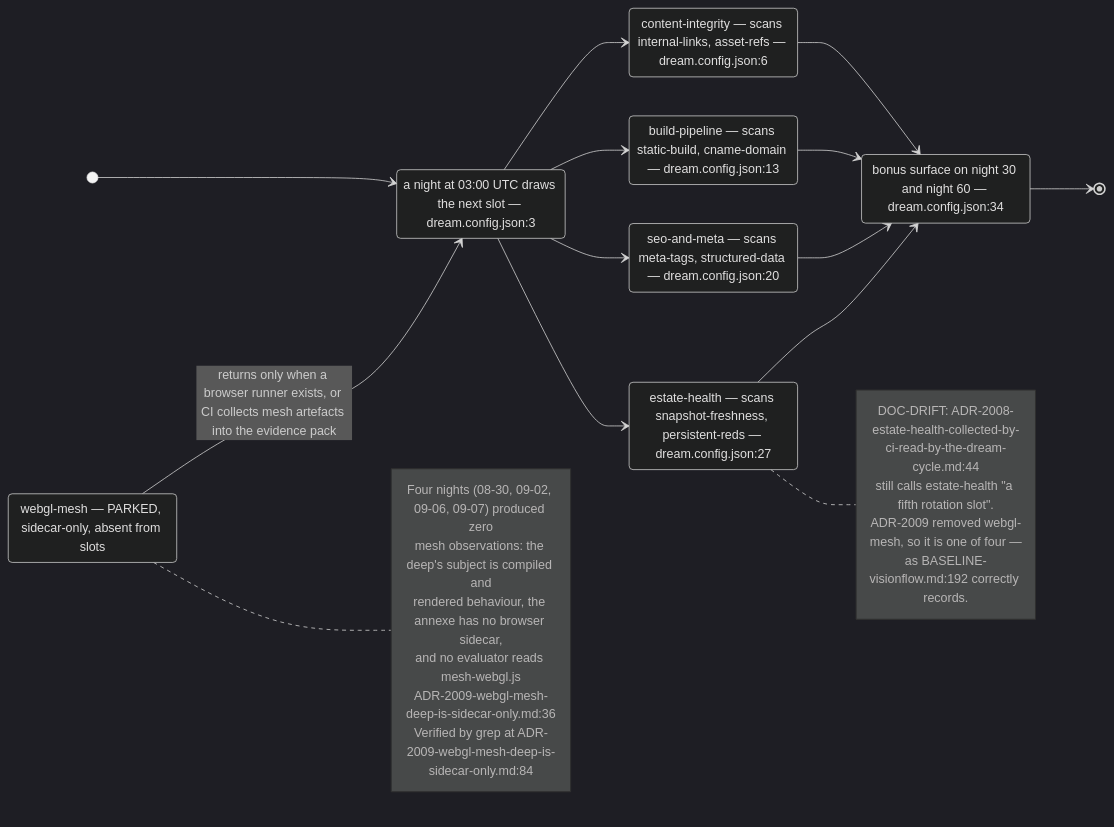
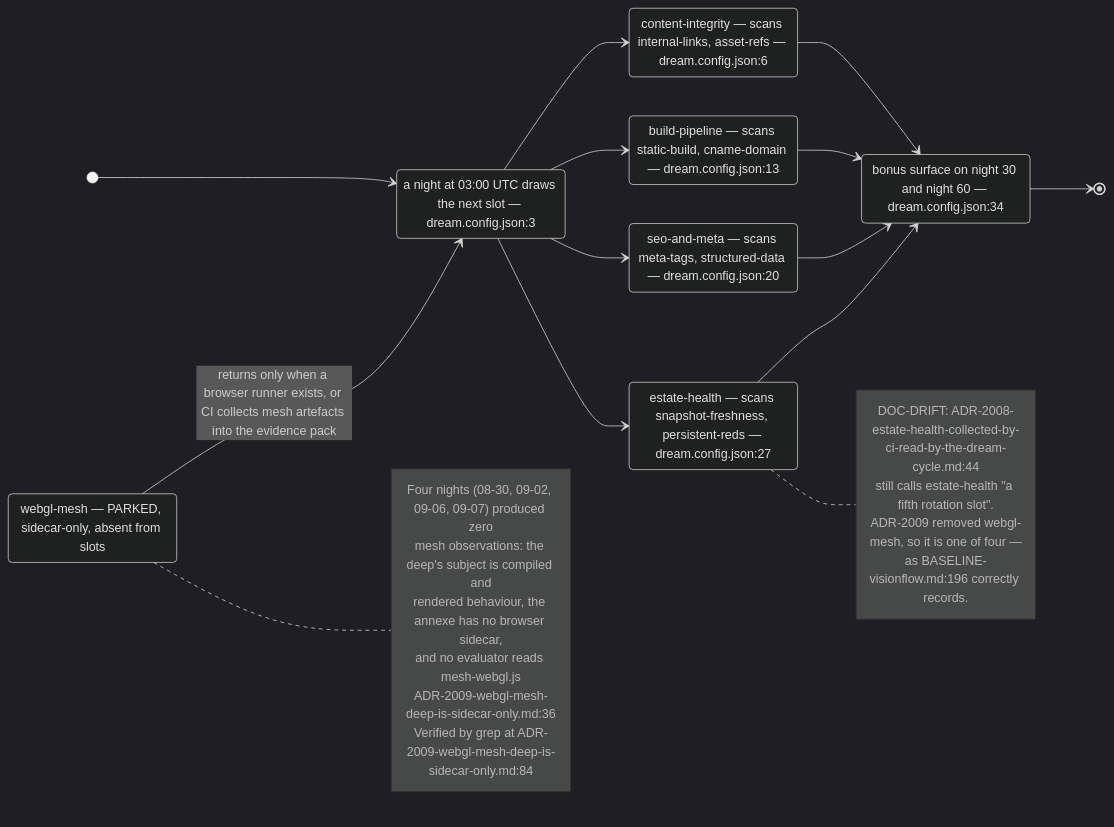
The second of 9 diagrams in docs/diagrams/visionflow/04-dream-cycle-integration.md (DreamLab-AI/VisionFlow), drawn with Mermaid (dark theme) before and after one commit. The commit also changed other lines of this file and 160 other files, not shown here.

````diff
--- a/docs/diagrams/visionflow/04-dream-cycle-integration.md
+++ b/docs/diagrams/visionflow/04-dream-cycle-integration.md
@@ -56,36 +56,36 @@
 ```mermaid
 stateDiagram-v2
     direction LR
     [*] --> Night
     state "a night at 03:00 UTC draws the next slot — dream.config.json:3" as Night
     Night --> CI
     Night --> BP
     Night --> SEO
     Night --> EH
     state "content-integrity — scans internal-links, asset-refs — dream.config.json:6" as CI
     state "build-pipeline — scans static-build, cname-domain — dream.config.json:13" as BP
     state "seo-and-meta — scans meta-tags, structured-data — dream.config.json:20" as SEO
     state "estate-health — scans snapshot-freshness, persistent-reds — dream.config.json:27" as EH
     CI --> Bonus
     BP --> Bonus
     SEO --> Bonus
     EH --> Bonus
     state "bonus surface on night 30 and night 60 — dream.config.json:34" as Bonus
     Bonus --> [*]
     state "webgl-mesh — PARKED, sidecar-only, absent from slots" as Parked
     Parked --> Night : returns only when a browser runner exists, or CI collects mesh artefacts into the evidence pack
     note right of Parked
       Four nights (08-30, 09-02, 09-06, 09-07) produced zero
       mesh observations: the deep's subject is compiled and
       rendered behaviour, the annexe has no browser sidecar,
       and no evaluator reads mesh-webgl.js
       ADR-2009-webgl-mesh-deep-is-sidecar-only.md:36
       Verified by grep at ADR-2009-webgl-mesh-deep-is-sidecar-only.md:84
     end note
     note right of EH
       DOC-DRIFT: ADR-2008-estate-health-collected-by-ci-read-by-the-dream-cycle.md:44
       still calls estate-health "a fifth rotation slot".
       ADR-2009 removed webgl-mesh, so it is one of four —
-      as BASELINE-visionflow.md:192 correctly records.
+      as BASELINE-visionflow.md:196 correctly records.
     end note
 ```
````
